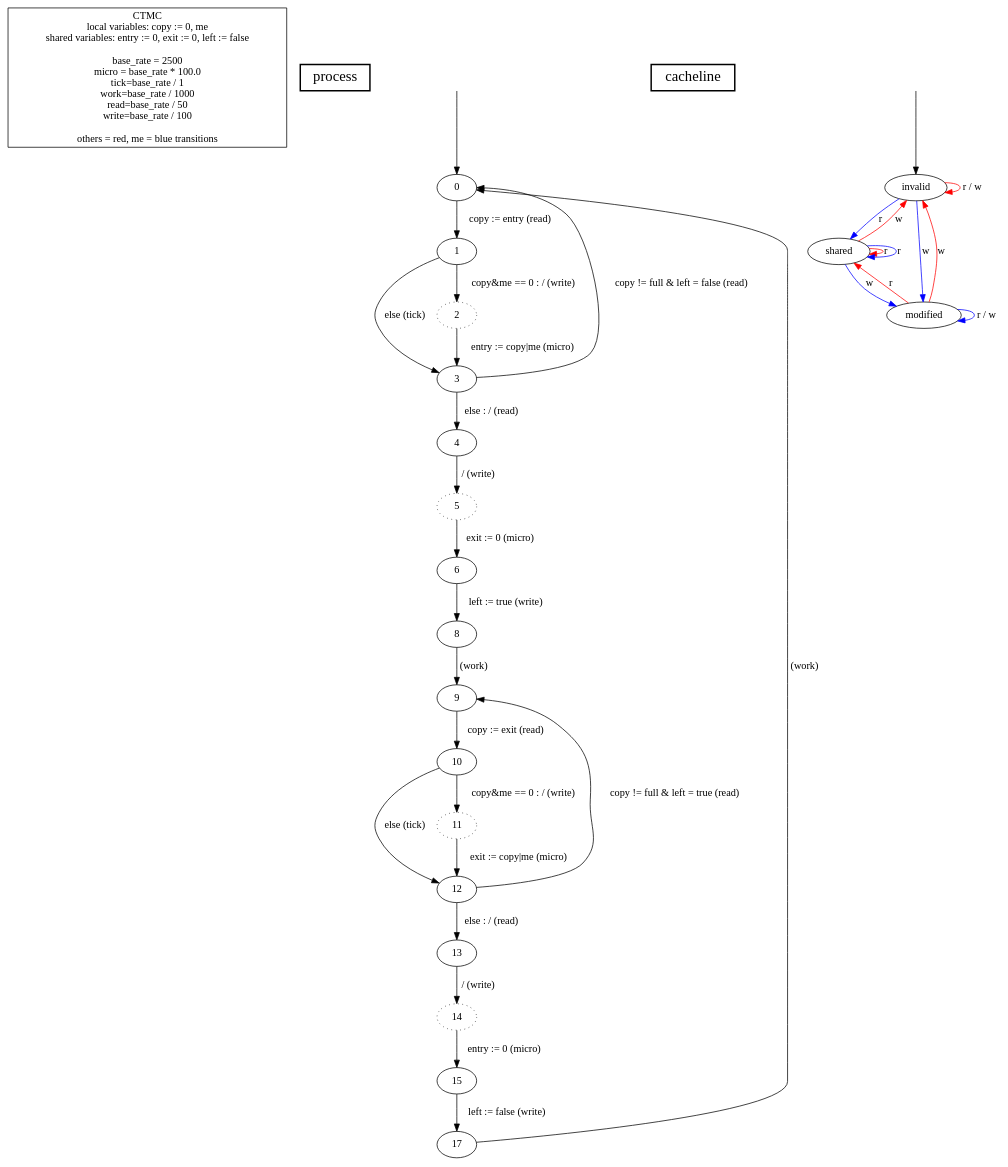
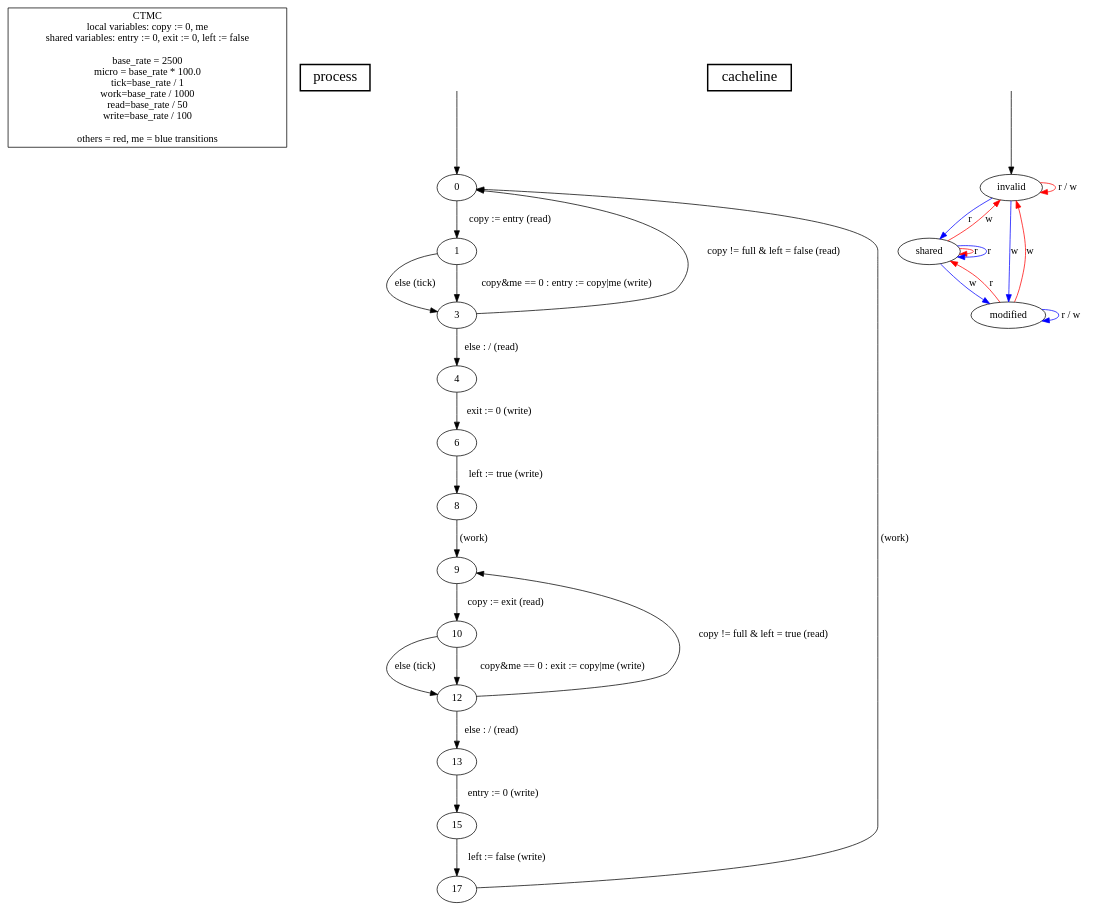
Before and after one commit to hydroo/minor-thesis-barriers: the diagram in barrier-attempt/model-prism-ctmc-with-cache-invalidation/model.dot, drawn with Graphviz. The commit also changed 2 other files, not shown here.

Commit message:
replace exit, entry with synched local variables in order to remove intermediate states

```diff
--- a/barrier-attempt/model-prism-ctmc-with-cache-invalidation/model.dot
+++ b/barrier-attempt/model-prism-ctmc-with-cache-invalidation/model.dot
@@ -1,61 +1,53 @@
 digraph {
 
 	"CTMC\nlocal variables: copy := 0, me\nshared variables: entry := 0, exit := 0, left := false\n\nbase_rate = 2500\nmicro = base_rate * 100.0\ntick=base_rate / 1\nwork=base_rate / 1000\nread=base_rate / 50\nwrite=base_rate / 100\n\nothers = red, me = blue transitions" [nojustify=true, shape=box]
 
 	"process" [nojustify=true, shape=box, style=bold, fontsize=20]
 
 	initial_state_source [style=invis]
 
 	// process
 
 	initial_state_source -> "0"
 
 	"0"  -> "1"  [weight=10, label="copy := entry (read)"]
 	"1"  -> "3"  [label="else (tick)"]
-	"1"  -> "2"  [weight=10, label="copy&me == 0 : / (write)"]
-	"2" [style=dotted]
-	"2"  -> "3"  [weight=10, label="entry := copy|me (micro)"]
+	"1"  -> "3"  [weight=10, label="copy&me == 0 : entry := copy|me (write)"]
 
 	"3"  -> "0"  [label="copy != full & left = false (read)"]
 	"3"  -> "4"  [weight=10, label="else : / (read)"]
-	"4"  -> "5"  [weight=10, label="/ (write)"]
-	"5" [style=dotted]
-	"5"  -> "6"  [weight=10, label="exit := 0 (micro)"]
+	"4"  -> "6"  [weight=10, label="exit := 0 (write)"]
 	"6"  -> "8"  [weight=10, label="left := true (write)"]
 
 	"8"  -> "9"  [weight=10, label="(work)"]
 
 	"9"  -> "10" [weight=10, label="copy := exit (read)"]
 	"10" -> "12" [label="else (tick)"]
-	"10" -> "11" [weight=10, label="copy&me == 0 : / (write)"]
-	"11" [style=dotted]
-	"11" -> "12" [weight=10, label="exit := copy|me (micro)"]
+	"10" -> "12" [weight=10, label="copy&me == 0 : exit := copy|me (write)"]
 
 	"12" -> "9"  [label="copy != full & left = true (read)"]
 	"12" -> "13" [weight=10, label="else : / (read)"]
-	"13" -> "14" [weight=10, label="/ (write)"]
-	"14" [style=dotted]
-	"14" -> "15" [weight=10, label="entry := 0 (micro)"]
+	"13" -> "15" [weight=10, label="entry := 0 (write)"]
 	"15" -> "17" [weight=10, label="left := false (write)"]
 
 	"17" -> "0" [label="(work)"]
 
 	// cacheline
 	"cacheline" [nojustify=true, shape=box, style=bold, fontsize=20]
 
 	initial_state_source2 [style=invis]
 	initial_state_source2 -> "invalid"
 
 	"invalid"  -> "invalid"  [label="r / w", color=red]
 	"invalid"  -> "shared"   [label="r",   color=blue]
 	"invalid"  -> "modified" [label="w",   color=blue]
 
 	"shared"   -> "shared"   [label="r",   color=red]
 	"shared"   -> "invalid"  [label="w",   color=red]
 	"shared"   -> "shared"   [label="r",   color=blue]
 	"shared"   -> "modified" [label="w",   color=blue]
 
 	"modified" -> "shared"   [label="r",   color=red]
 	"modified" -> "invalid"  [label="w",   color=red]
 	"modified" -> "modified" [label="r / w", color=blue]
 }
```
